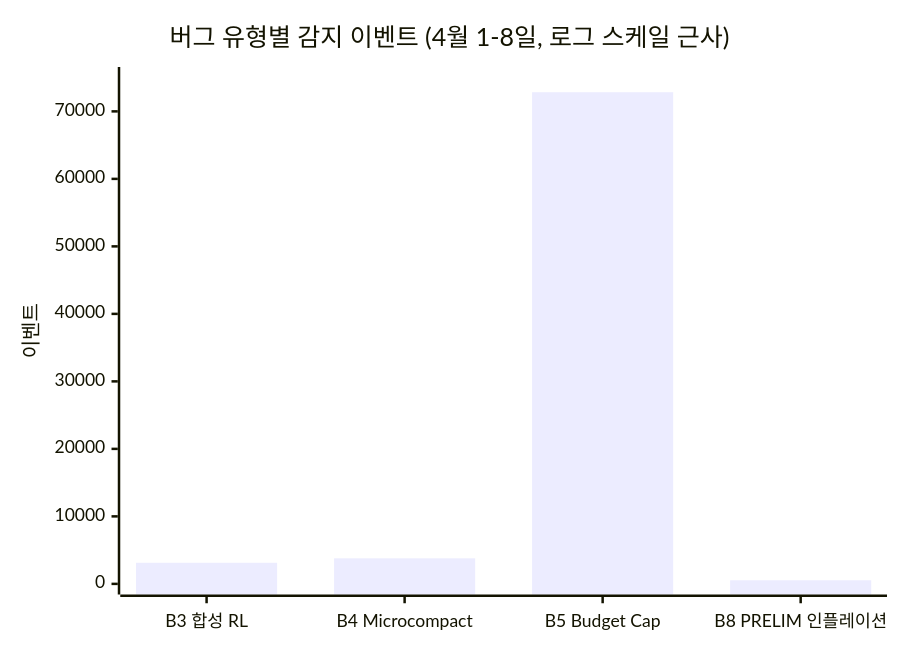
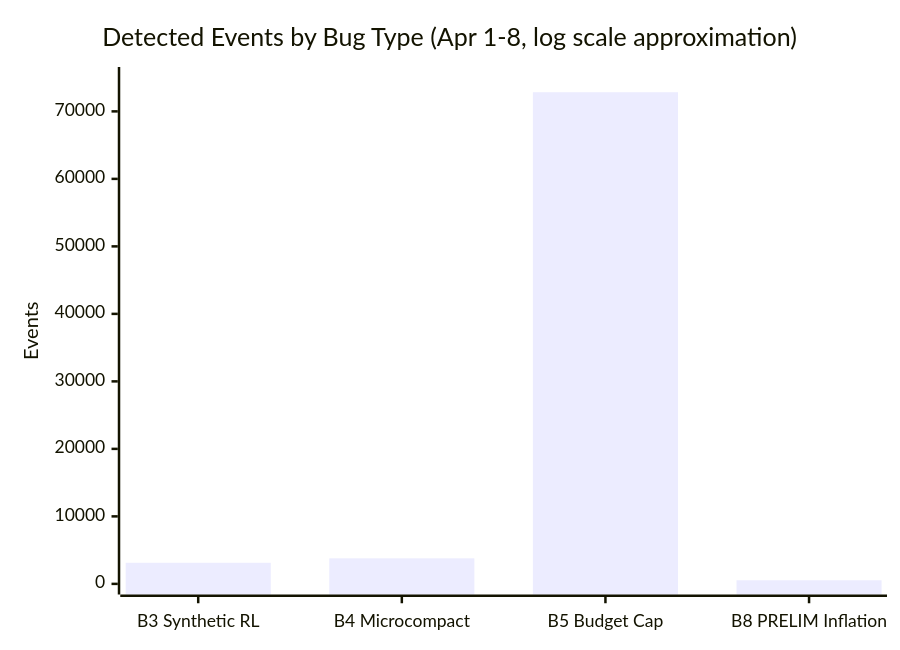
Before and after one commit to ArkNill/claude-code-hidden-problem-analysis: the diagram in ko/01_BUGS.md, drawn with Mermaid. The commit also changed other lines of this file and 17 other files, not shown here.

````diff
--- a/ko/01_BUGS.md
+++ b/ko/01_BUGS.md
@@ -154,7 +331,7 @@
 ```mermaid
 xychart-beta
-    title "버그 유형별 감지 이벤트 (4월 1-8일, 로그 스케일 근사)"
-    x-axis ["B3 합성 RL","B4 Microcompact","B5 Budget Cap","B8 PRELIM 인플레이션"]
-    y-axis "이벤트" 0 --> 75000
+    title "Detected Events by Bug Type (Apr 1-8, log scale approximation)"
+    x-axis ["B3 Synthetic RL","B4 Microcompact","B5 Budget Cap","B8 PRELIM Inflation"]
+    y-axis "Events" 0 --> 75000
     bar [3129,3782,72839,532]
 ```
````
